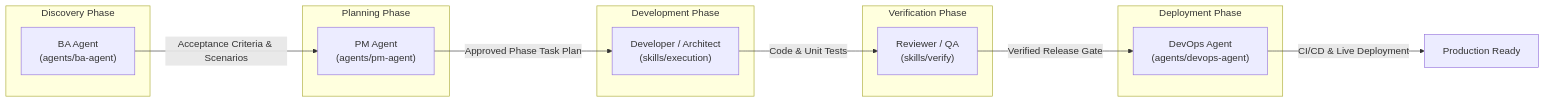
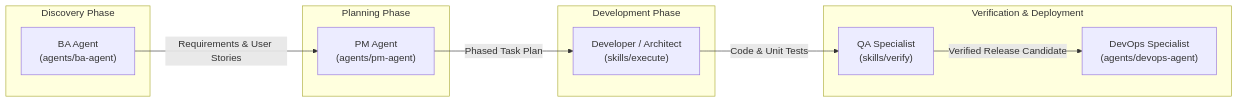
The diagram in agents/README.md (markromolecule/context-factory), drawn with Mermaid before and after one commit. The commit also changed other lines of this file and 37 other files, not shown here.

````diff
--- a/agents/README.md
+++ b/agents/README.md
@@ -15,28 +15,24 @@
 ```mermaid
 flowchart LR
     subgraph S1["Discovery Phase"]
         BA["BA Agent<br/>(agents/ba-agent)"]
     end
 
     subgraph S2["Planning Phase"]
         PM["PM Agent<br/>(agents/pm-agent)"]
     end
 
     subgraph S3["Development Phase"]
-        DEV["Developer / Architect<br/>(skills/execution)"]
+        DEV["Developer / Architect<br/>(skills/execute)"]
     end
-
-    subgraph S4["Verification Phase"]
-        QA["Reviewer / QA<br/>(skills/verify)"]
+    
+    subgraph VerifyDeploy ["Verification & Deployment"]
+        DEVOPS["DevOps Specialist<br/>(agents/devops-agent)"]
+        QA["QA Specialist<br/>(skills/verify)"]
     end
-
-    subgraph S5["Deployment Phase"]
-        OPS["DevOps Agent<br/>(agents/devops-agent)"]
-    end
-
-    BA -->|"Acceptance Criteria & Scenarios"| PM
-    PM -->|"Approved Phase Task Plan"| DEV
+    
+    BA -->|"Requirements & User Stories"| PM
+    PM -->|"Phased Task Plan"| DEV
     DEV -->|"Code & Unit Tests"| QA
-    QA -->|"Verified Release Gate"| OPS
-    OPS -->|"CI/CD & Live Deployment"| DONE["Production Ready"]
+    QA -->|"Verified Release Candidate"| DEVOPS
 ```
````
